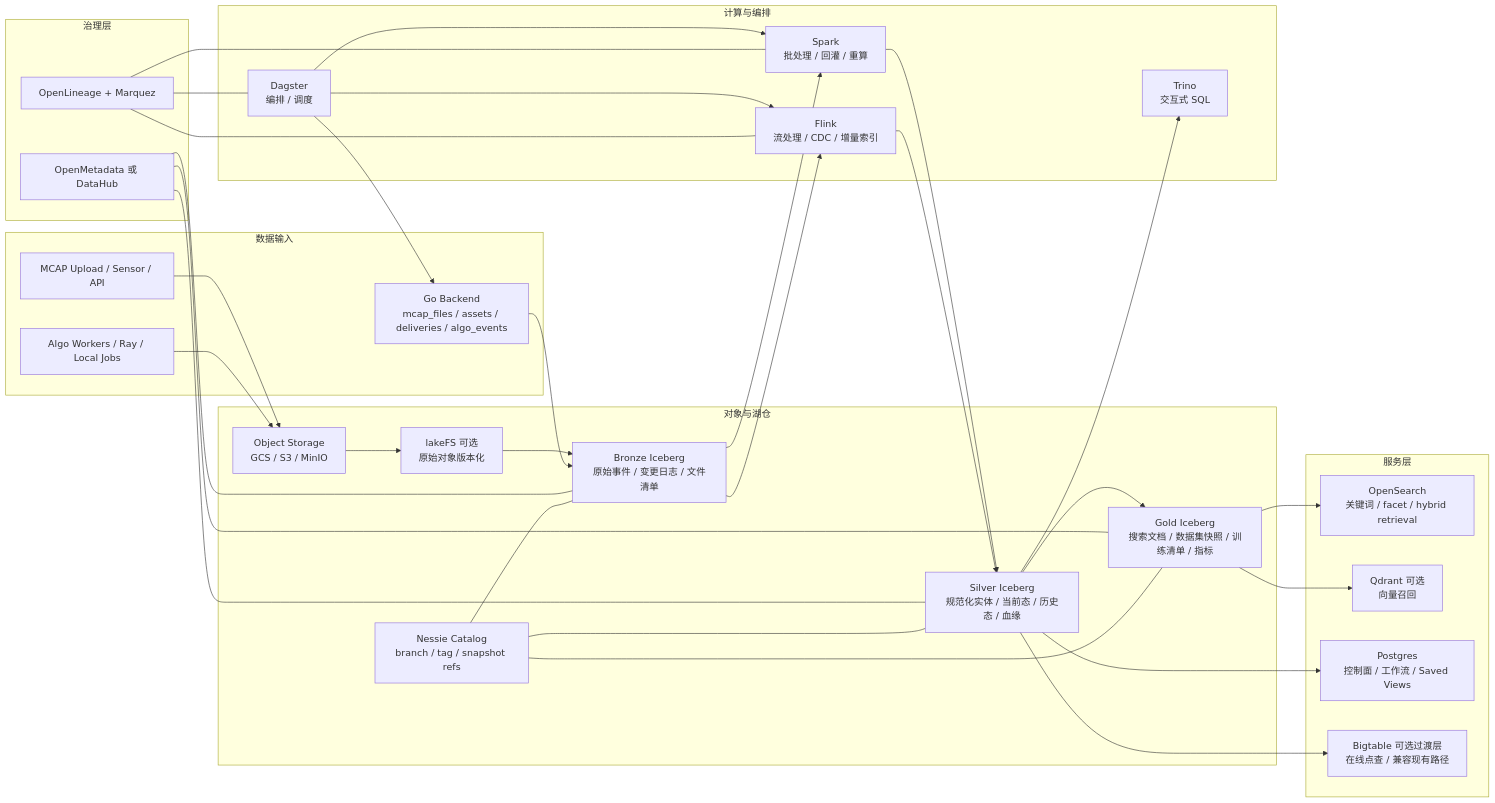
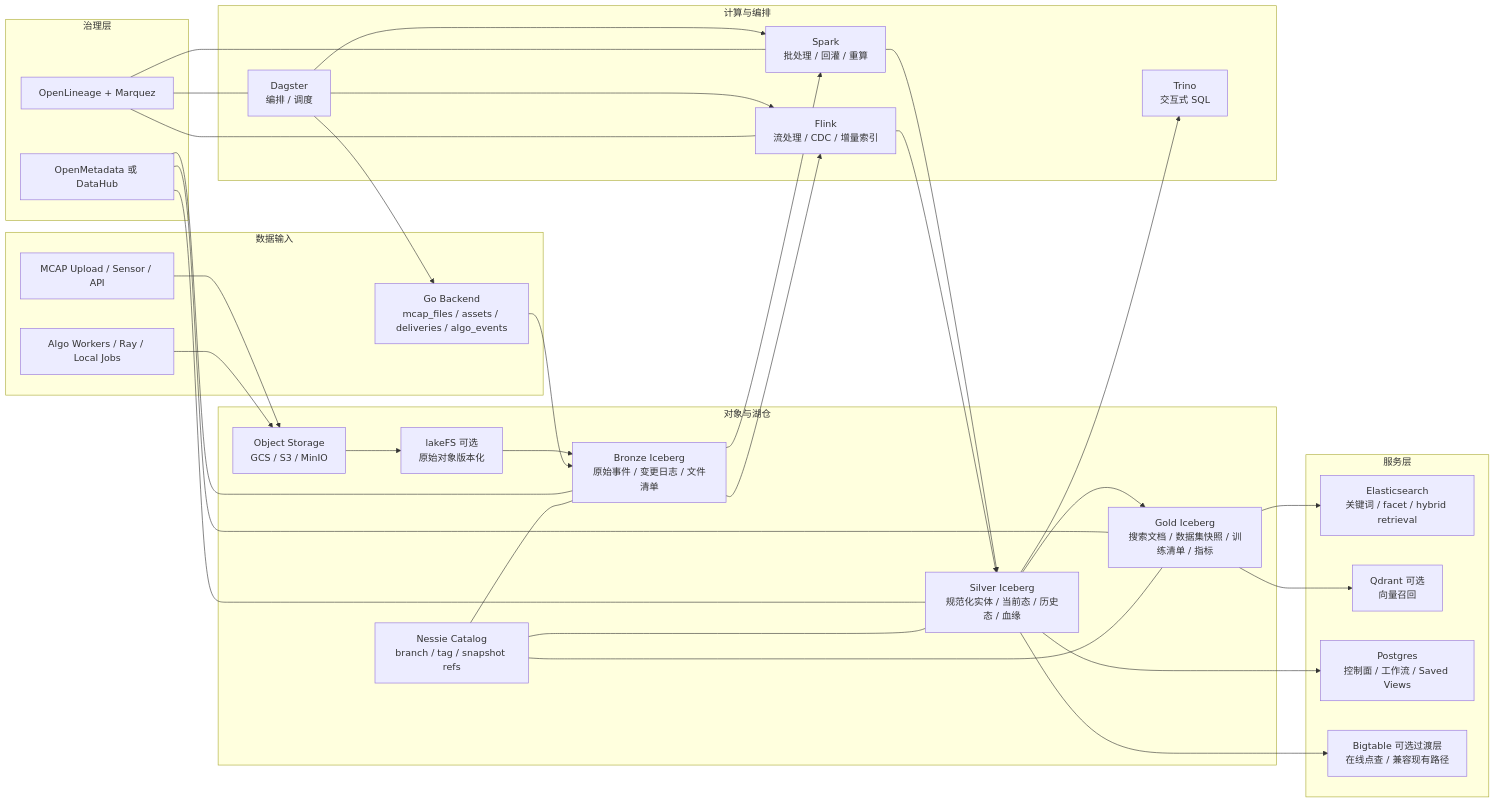
Before and after one commit to rouse2617/Databricks4robot: the diagram in docs/open-source-lakehouse-target-architecture.md, drawn with Mermaid. The commit also changed other lines of this file and 33 other files, not shown here.

````diff
--- a/docs/open-source-lakehouse-target-architecture.md
+++ b/docs/open-source-lakehouse-target-architecture.md
@@ -136,60 +136,60 @@
 ```mermaid
 flowchart LR
     subgraph Sources[数据输入]
         Upload[MCAP Upload / Sensor / API]
         Backend[Go Backend<br/>mcap_files / assets / deliveries / algo_events]
         Algo[Algo Workers / Ray / Local Jobs]
     end
 
     subgraph Storage[对象与湖仓]
         Obj[Object Storage<br/>GCS / S3 / MinIO]
         LakeFS[lakeFS 可选<br/>原始对象版本化]
         Bronze[Bronze Iceberg<br/>原始事件 / 变更日志 / 文件清单]
         Silver[Silver Iceberg<br/>规范化实体 / 当前态 / 历史态 / 血缘]
         Gold[Gold Iceberg<br/>搜索文档 / 数据集快照 / 训练清单 / 指标]
         Nessie[Nessie Catalog<br/>branch / tag / snapshot refs]
     end
 
     subgraph Compute[计算与编排]
         Dagster[Dagster<br/>编排 / 调度]
         Spark[Spark<br/>批处理 / 回灌 / 重算]
         Flink[Flink<br/>流处理 / CDC / 增量索引]
         Trino[Trino<br/>交互式 SQL]
     end
 
     subgraph Serving[服务层]
-        Search[OpenSearch<br/>关键词 / facet / hybrid retrieval]
+        Search[Elasticsearch<br/>关键词 / facet / hybrid retrieval]
         Vector[Qdrant 可选<br/>向量召回]
         PG[Postgres<br/>控制面 / 工作流 / Saved Views]
         BT[Bigtable 可选过渡层<br/>在线点查 / 兼容现有路径]
     end
 
     subgraph Governance[治理层]
         OM[OpenMetadata 或 DataHub]
         OL[OpenLineage + Marquez]
     end
 
     Upload --> Obj
     Algo --> Obj
     Obj --> LakeFS --> Bronze
     Backend --> Bronze
     Dagster --> Spark
     Dagster --> Flink
     Bronze --> Spark --> Silver --> Gold
     Bronze --> Flink --> Silver
     Silver --> Trino
     Gold --> Search
     Gold --> Vector
     Silver --> PG
     Silver --> BT
     Dagster --> Backend
     OM --- Bronze
     OM --- Silver
     OM --- Gold
     OL --- Dagster
     OL --- Spark
     OL --- Flink
     Nessie --- Bronze
     Nessie --- Silver
     Nessie --- Gold
 ```
````
